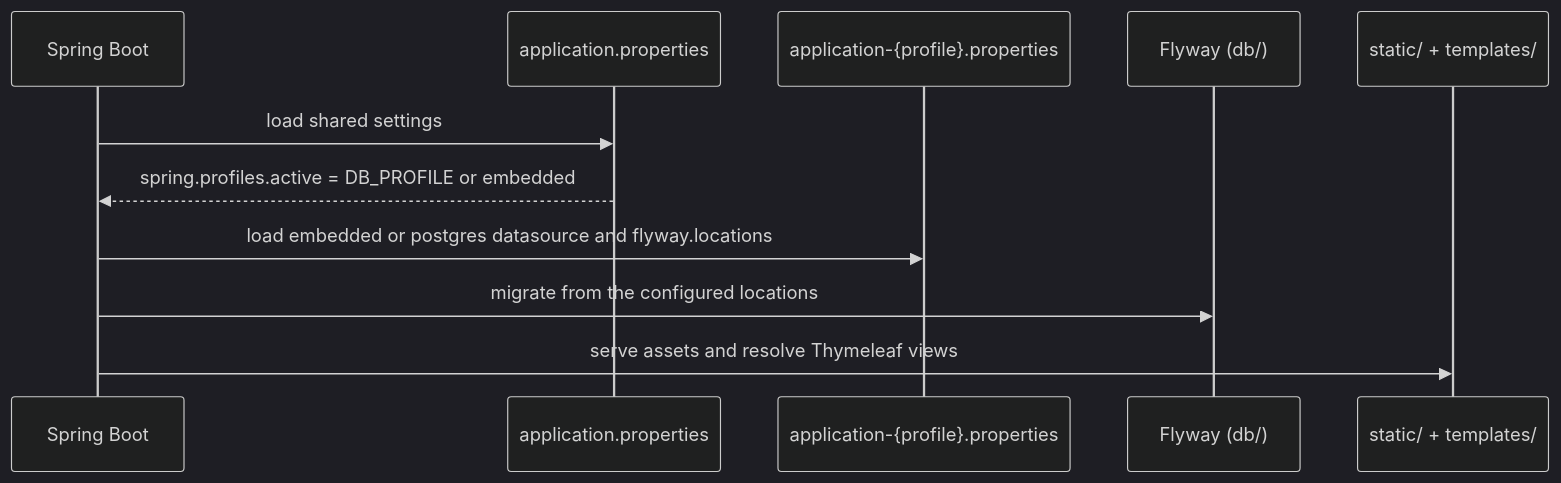
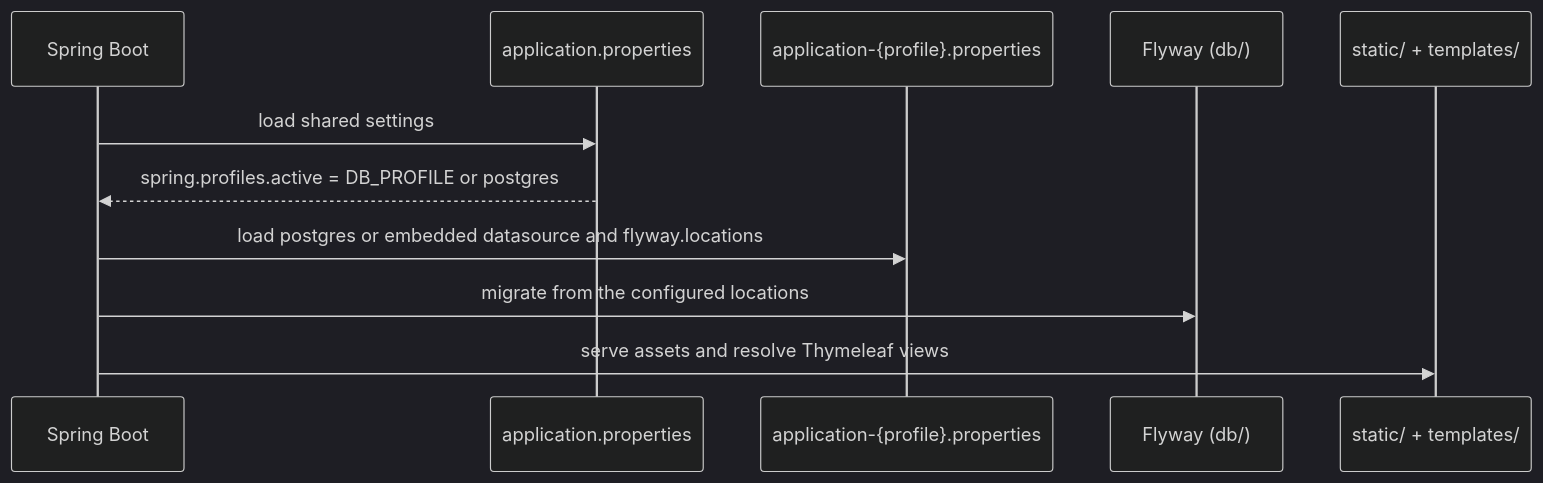
Before and after one commit to SebastianDorata/MusicDashboard: the diagram in web/src/main/resources/README.md, drawn with Mermaid (dark theme). The commit also changed other lines of this file and 5 other files, not shown here.

````diff
--- a/web/src/main/resources/README.md
+++ b/web/src/main/resources/README.md
@@ -34,13 +34,13 @@
 ```mermaid
 sequenceDiagram
     participant Boot as Spring Boot
     participant App as application.properties
     participant Prof as application-{profile}.properties
     participant Fly as Flyway (db/)
     participant Web as static/ + templates/
     Boot->>App: load shared settings
-    App-->>Boot: spring.profiles.active = DB_PROFILE or embedded
-    Boot->>Prof: load embedded or postgres datasource and flyway.locations
+    App-->>Boot: spring.profiles.active = DB_PROFILE or postgres
+    Boot->>Prof: load postgres or embedded datasource and flyway.locations
     Boot->>Fly: migrate from the configured locations
     Boot->>Web: serve assets and resolve Thymeleaf views
 ```
````
